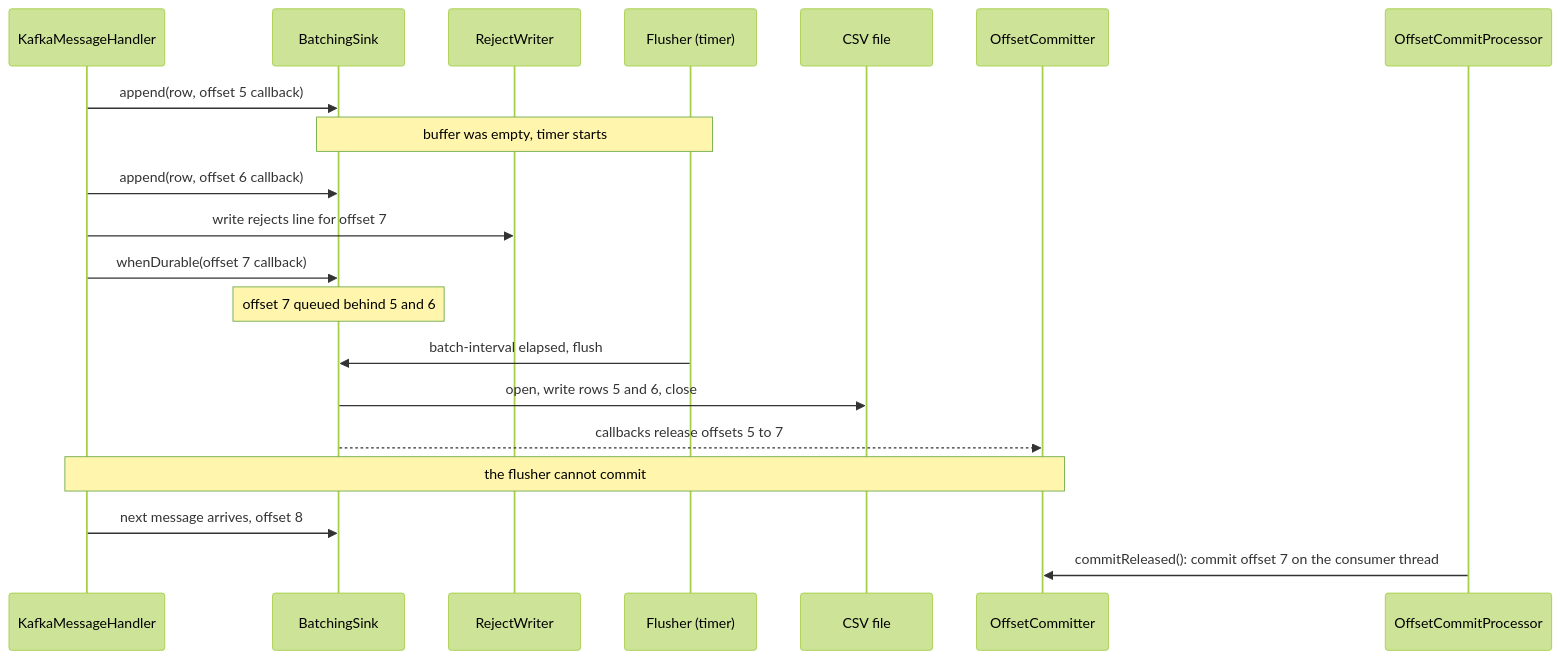
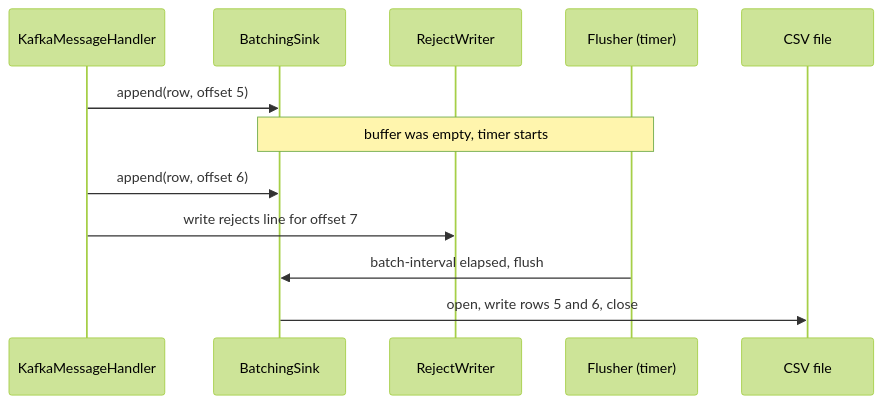
The tenth of 15 diagrams in docs/c4-architecture.md (shanregs/msg-transformer), drawn with Mermaid (forest theme) before and after one commit. The commit also changed other lines of this file and 14 other files, not shown here.

First line of the commit message:
Simplify the Kafka consumer: default Camel offset handling (#12)

````diff
--- a/docs/c4-architecture.md
+++ b/docs/c4-architecture.md
@@ -383,23 +358,15 @@
 ```mermaid
 sequenceDiagram
     participant R as KafkaMessageHandler
     participant S as BatchingSink
     participant J as RejectWriter
     participant X as Flusher (timer)
     participant F as CSV file
-    participant C as OffsetCommitter
-    participant OP as OffsetCommitProcessor
 
-    R->>S: append(row, offset 5 callback)
+    R->>S: append(row, offset 5)
     Note over S,X: buffer was empty, timer starts
-    R->>S: append(row, offset 6 callback)
+    R->>S: append(row, offset 6)
     R->>J: write rejects line for offset 7
-    R->>S: whenDurable(offset 7 callback)
-    Note over S: offset 7 queued behind 5 and 6
     X->>S: batch-interval elapsed, flush
     S->>F: open, write rows 5 and 6, close
-    S-->>C: callbacks release offsets 5 to 7
-    Note over C,R: the flusher cannot commit
-    R->>S: next message arrives, offset 8
-    OP->>C: commitReleased(): commit offset 7 on the consumer thread
 ```
````
